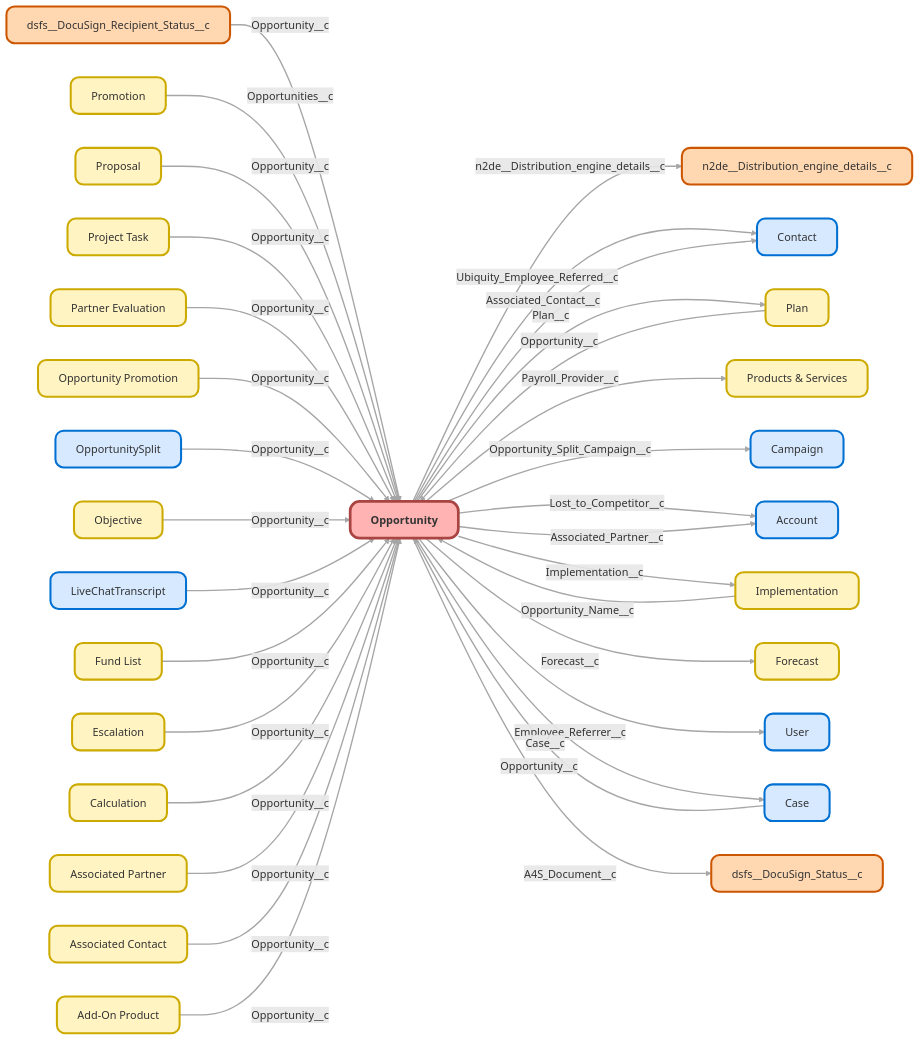
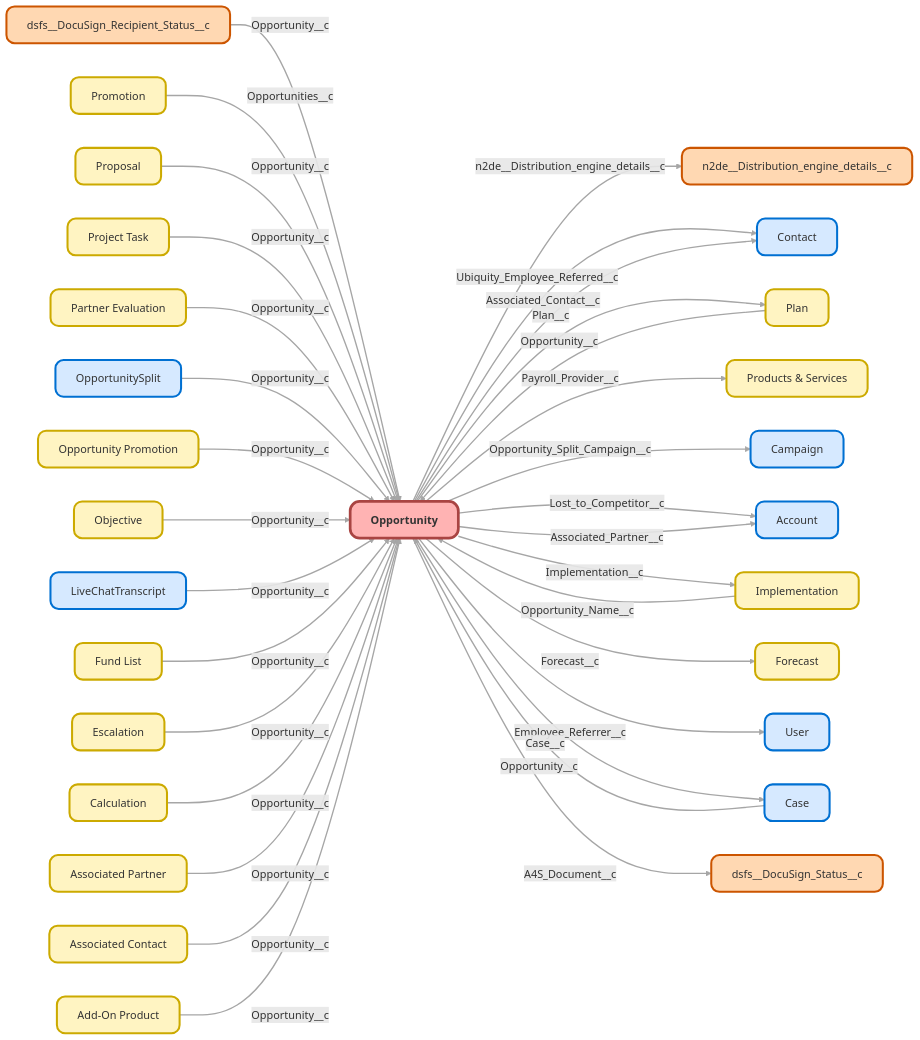
Before and after one commit to moechapa/ubiquity-org-monitoring: the diagram in docs/objects/Opportunity.md, drawn with Mermaid. The commit also changed other lines of this file and 1296 other files, not shown here.

```diff
--- a/docs/objects/Opportunity.md
+++ b/docs/objects/Opportunity.md
@@ -17,12 +17,12 @@
 click dsfs__DocuSign_Recipient_Status__c "/objects/dsfs__DocuSign_Recipient_Status__c/"
 User["User"]:::object
 click User "/objects/User/"
-Proposal__c["Proposal"]:::customObject
-click Proposal__c "/objects/Proposal__c/"
 Promotions__c["Promotion"]:::customObject
 click Promotions__c "/objects/Promotions__c/"
 Project_Task__c["Project Task"]:::customObject
 click Project_Task__c "/objects/Project_Task__c/"
+Proposal__c["Proposal"]:::customObject
+click Proposal__c "/objects/Proposal__c/"
 Products_Services__c["Products & Services"]:::customObject
 click Products_Services__c "/objects/Products_Services__c/"
 Plan__c["Plan"]:::customObject
@@ -71,8 +71,8 @@
 Project_Task__c -->|Opportunity__c| Opportunity
 Plan__c -->|Opportunity__c| Opportunity
 Partner_Evaluation__c -->|Opportunity__c| Opportunity
+OpportunitySplit -->|Opportunity__c| Opportunity
 Opportunity_Promotion__c -->|Opportunity__c| Opportunity
-OpportunitySplit -->|Opportunity__c| Opportunity
 Opportunity -->|n2de__Distribution_engine_details__c| n2de__Distribution_engine_details__c
 Opportunity -->|Ubiquity_Employee_Referred__c| Contact
 Opportunity -->|Plan__c| Plan__c
```
